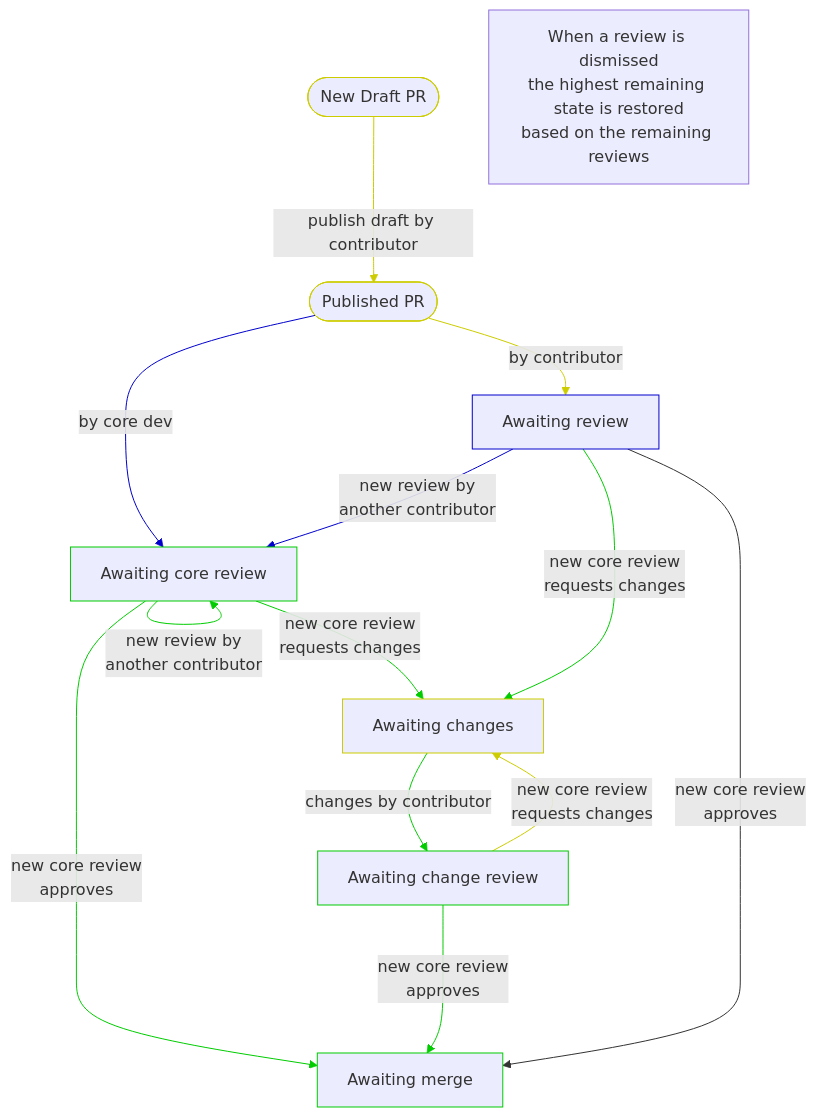
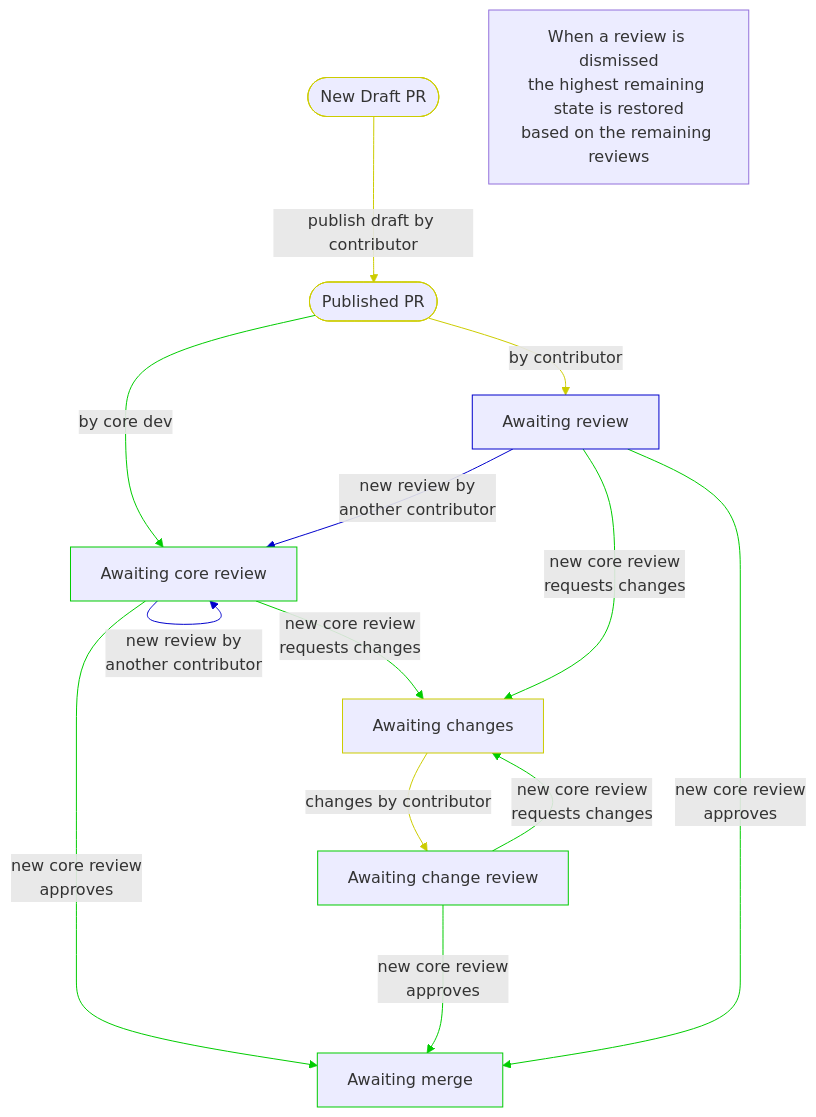
One commit to python/bedevere changed the diagram in README.md. Above: the diagram before and after it, drawn with Mermaid.

Commit message:
Fix diagram in `README.md` (#664)

````diff
--- a/README.md
+++ b/README.md
@@ -44,20 +44,20 @@
 ```mermaid
 flowchart TD
     A([Published PR]):::creator
     A_draft([New Draft PR]):::creator
     A_draft -- publish draft by contributor --> A:::creator
     A -- by contributor --> B[Awaiting review]:::anyone
     A -- by core dev --> C[Awaiting core review]:::coredev
-    B & C -- new review by\nanother contributor --> C
-    C & B & E  -- new core review\nrequests changes --> D[Awaiting changes]:::creator
+    B & C -- new review by<br>another contributor --> C
+    C & B & E  -- new core review<br>requests changes --> D[Awaiting changes]:::creator
     D -- changes by contributor --> E[Awaiting change review]:::coredev
-    C & E & B -- new core review\napproves ---> F[Awaiting merge]:::coredev
-    G[When a review is dismissed\nthe highest remaining state is restored\nbased on the remaining reviews]
+    C & E & B -- new core review<br>approves ---> F[Awaiting merge]:::coredev
+    G[When a review is dismissed<br>the highest remaining state is restored<br>based on the remaining reviews]
 classDef creator stroke:#CC0;
 classDef anyone stroke:#00C;
 classDef coredev stroke:#0C0;
 classDef triager stroke:#C0C;
-linkStyle 0,1,7 stroke:#CC0,color:auto;
-linkStyle 2,3 stroke:#00C,color:auto;
-linkStyle 4,5,6,8,9,10 stroke:#0C0,color:auto;
+linkStyle 0,1,8 stroke:#CC0,color:auto;
+linkStyle 3,4 stroke:#00C,color:auto;
+linkStyle 2,5,6,7,9,10,11 stroke:#0C0,color:auto;
 ```
````
